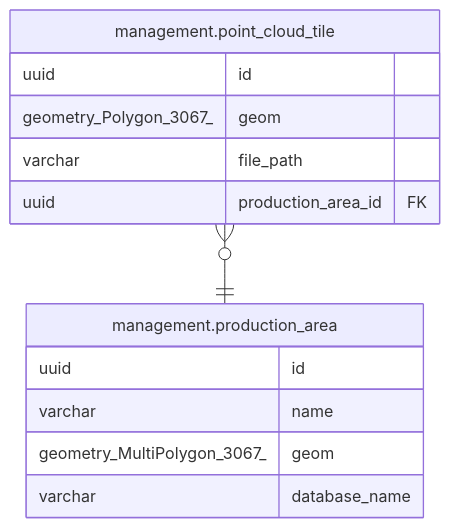
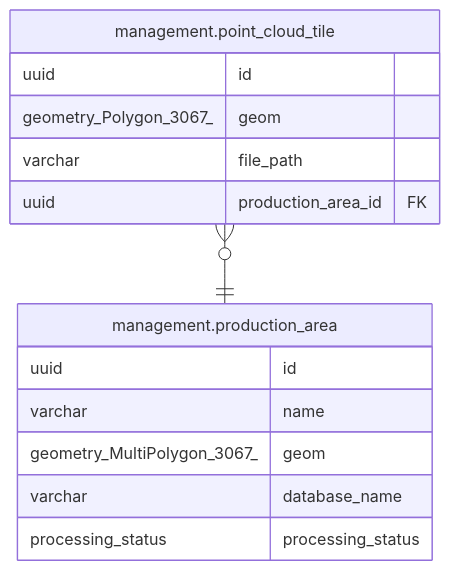
The diagram in components/db/docs/primary_db/management.point_cloud_tile.md (nlsfi/pinta), drawn with Mermaid before and after one commit. The commit also changed 6 other files, not shown here.

````diff
--- a/components/db/docs/primary_db/management.point_cloud_tile.md
+++ b/components/db/docs/primary_db/management.point_cloud_tile.md
@@ -28,18 +28,19 @@
 ```mermaid
 erDiagram
 
 "management.point_cloud_tile" }o--|| "management.production_area" : ""
 
 "management.point_cloud_tile" {
   uuid id
   geometry_Polygon_3067_ geom
   varchar file_path
   uuid production_area_id FK
 }
 "management.production_area" {
   uuid id
   varchar name
   geometry_MultiPolygon_3067_ geom
   varchar database_name
+  processing_status processing_status
 }
 ```
````
